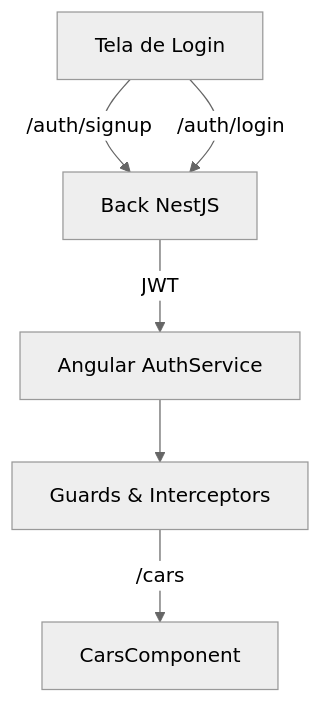
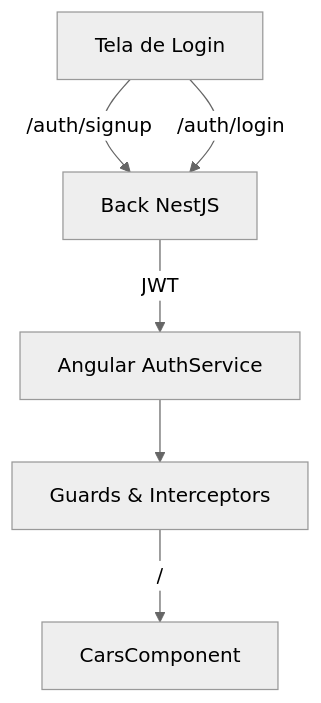
Before and after one commit to wendell-noce/car-location-frontend: the diagram in README.md, drawn with Mermaid (neutral theme). The commit also changed other lines of this file, not shown here.

````diff
--- a/README.md
+++ b/README.md
@@ -62,8 +62,8 @@
 ```mermaid
 graph TD;
     A[Tela de Login] -->|/auth/signup| B[Back NestJS];
     A -->|/auth/login| B;
     B -->|JWT| C[Angular AuthService];
     C --> D[Guards & Interceptors];
-    D -->|/cars| E[CarsComponent];
+    D -->|/| E[CarsComponent];
 ```
````
